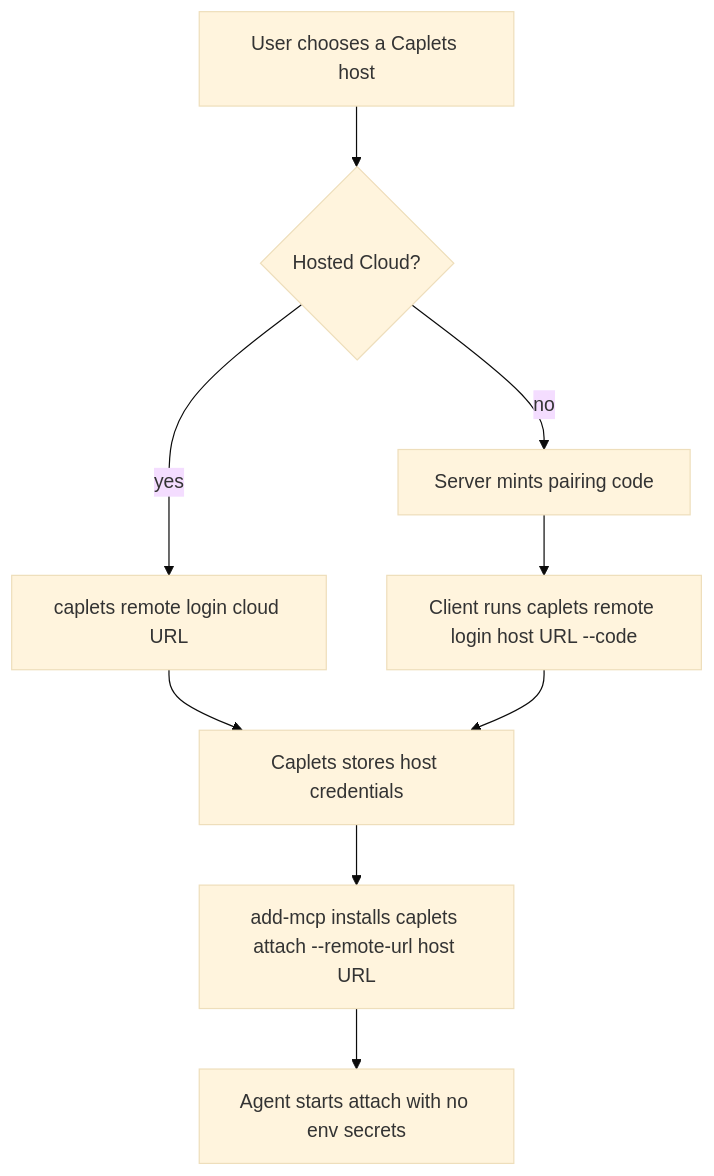
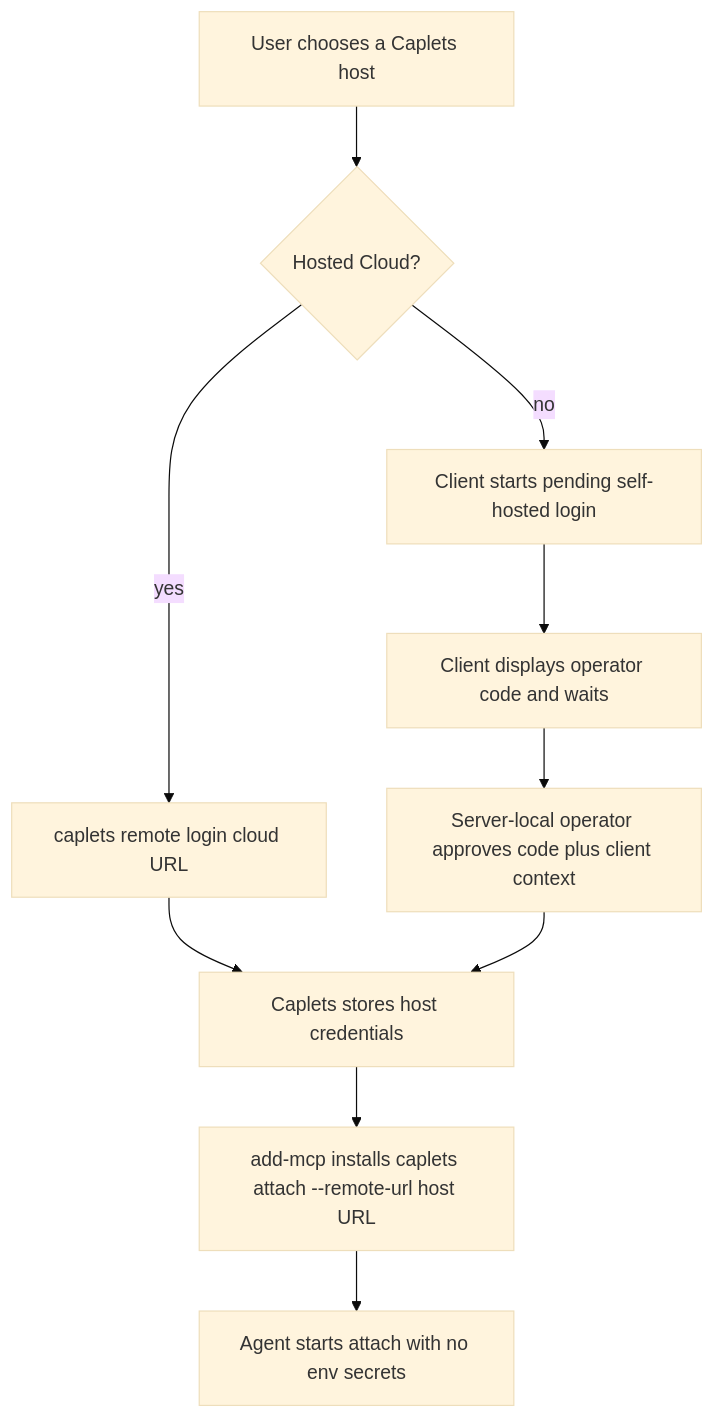
The diagram in docs/brainstorms/2026-06-19-unified-remote-attach-auth-requirements.md (spiritledsoftware/caplets), drawn with Mermaid (base theme) before and after one commit. The commit also changed other lines of this file and 5 other files, not shown here.

Commit message:
docs: add pending remote login plan context

````diff
--- a/docs/brainstorms/2026-06-19-unified-remote-attach-auth-requirements.md
+++ b/docs/brainstorms/2026-06-19-unified-remote-attach-auth-requirements.md
@@ -33,11 +39,12 @@
 ```mermaid
 flowchart TB
   A["User chooses a Caplets host"] --> B{"Hosted Cloud?"}
   B -->|yes| C["caplets remote login cloud URL"]
-  B -->|no| D["Server mints pairing code"]
-  D --> E["Client runs caplets remote login host URL --code"]
-  C --> F["Caplets stores host credentials"]
-  E --> F
-  F --> G["add-mcp installs caplets attach --remote-url host URL"]
-  G --> H["Agent starts attach with no env secrets"]
+  B -->|no| D["Client starts pending self-hosted login"]
+  D --> E["Client displays operator code and waits"]
+  E --> F["Server-local operator approves code plus client context"]
+  C --> G["Caplets stores host credentials"]
+  F --> G
+  G --> H["add-mcp installs caplets attach --remote-url host URL"]
+  H --> I["Agent starts attach with no env secrets"]
 ```
````
